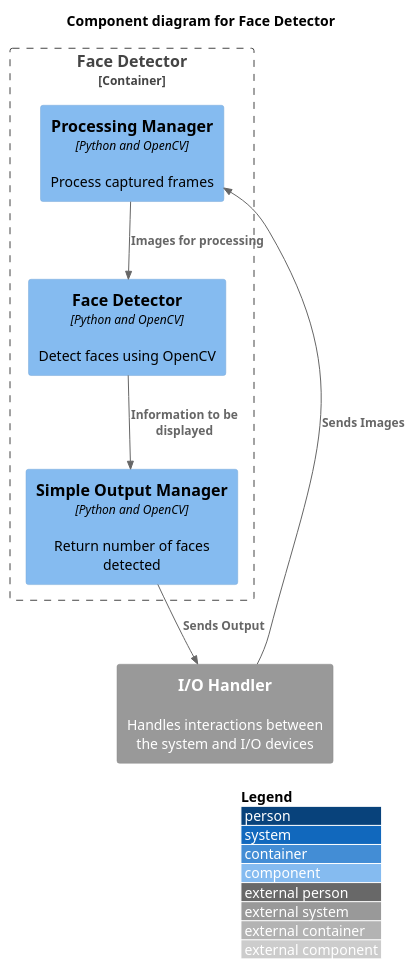
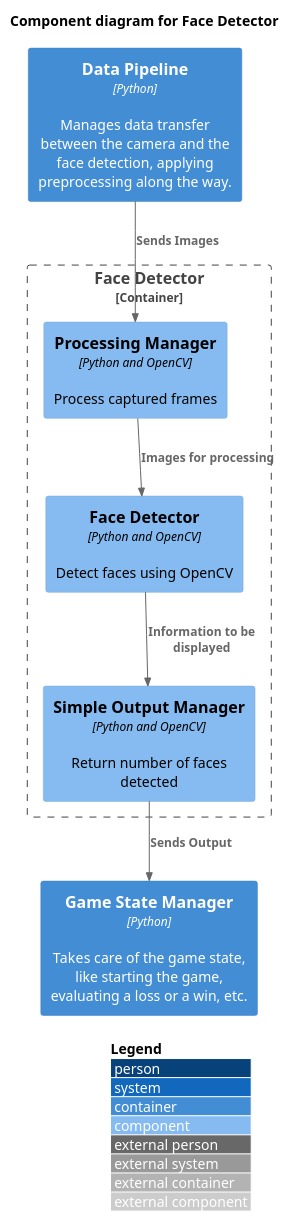
The diagram in 2-Class/Component-Diagrams/face-detection.puml (Kacper-Grzyb/dse-face-frenzy), drawn with PlantUML before and after one commit.

Commit message:
Fixed the issues of the bearded bitch

```diff
--- a/2-Class/Component-Diagrams/face-detection.puml
+++ b/2-Class/Component-Diagrams/face-detection.puml
@@ -1,24 +1,25 @@
 @startuml
 !include https://raw.githubusercontent.com/plantuml-stdlib/C4-PlantUML/master/C4_Component.puml
 ' uncomment the following line and comment the first to use locally
 ' !include <C4/C4_Component.puml>
 
 LAYOUT_WITH_LEGEND()
 
 title Component diagram for Face Detector
 
-System_Ext(io_handler, "I/O Handler", "Handles interactions between the system and I/O devices")
+Container(pipeline, "Data Pipeline", "Python", "Manages data transfer between the camera and the face detection, applying preprocessing along the way.")
+Container(game_manager, "Game State Manager", "Python", "Takes care of the game state, like starting the game, evaluating a loss or a win, etc.")
 
 Container_Boundary(api, "Face Detector") {
     Component(process, "Processing Manager", "Python and OpenCV", "Process captured frames")
     Component(detect, "Face Detector", "Python and OpenCV", "Detect faces using OpenCV")
     Component(return, "Simple Output Manager", "Python and OpenCV", "Return number of faces detected")
 
     Rel(process, detect, "Images for processing")
     Rel(detect, return, "Information to be displayed")
 }
 
-Rel(io_handler, process, "Sends Images")
-Rel(return, io_handler, "Sends Output")
+Rel(pipeline, process, "Sends Images")
+Rel(return, game_manager, "Sends Output")
 
 @enduml
```
